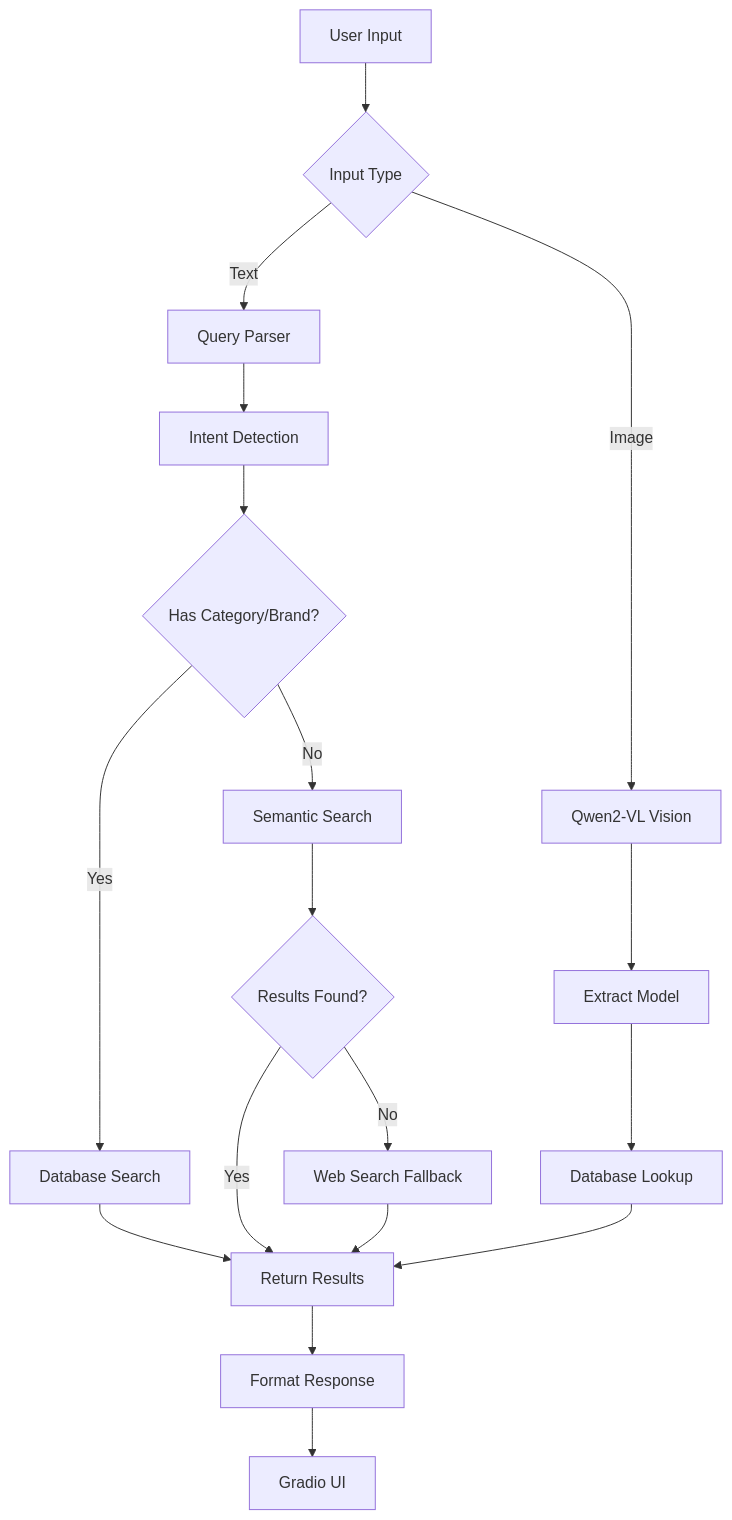
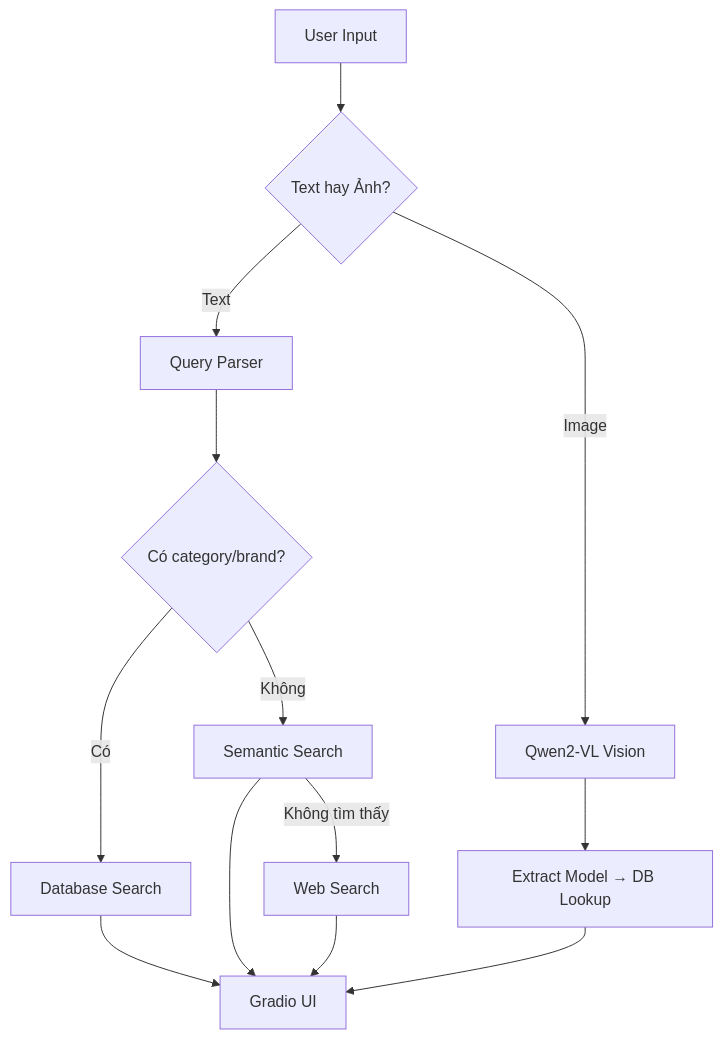
Before and after one commit to nguyencongtuyenlp/vivohome-ai-assistant-: the diagram in README.md, drawn with Mermaid. The commit also changed other lines of this file and 14 other files, not shown here.

````diff
--- a/README.md
+++ b/README.md
@@ -211,25 +64,18 @@
 ```mermaid
 graph TB
-    A[User Input] --> B{Input Type}
+    A[User Input] --> B{Text hay Ảnh?}
     B -->|Text| C[Query Parser]
     B -->|Image| D[Qwen2-VL Vision]
     
-    C --> E[Intent Detection]
-    E --> F{Has Category/Brand?}
-    F -->|Yes| G[Database Search]
-    F -->|No| H[Semantic Search]
+    C --> E{Có category/brand?}
+    E -->|Có| F[Database Search]
+    E -->|Không| G[Semantic Search]
+    G -->|Không tìm thấy| H[Web Search]
     
-    H --> I{Results Found?}
-    I -->|Yes| J[Return Results]
-    I -->|No| K[Web Search Fallback]
+    D --> I[Extract Model → DB Lookup]
     
-    D --> L[Extract Model]
-    L --> M[Database Lookup]
-    
+    F --> J[Gradio UI]
     G --> J
-    M --> J
-    K --> J
-    
-    J --> N[Format Response]
-    N --> O[Gradio UI]
+    H --> J
+    I --> J
 ```
````
